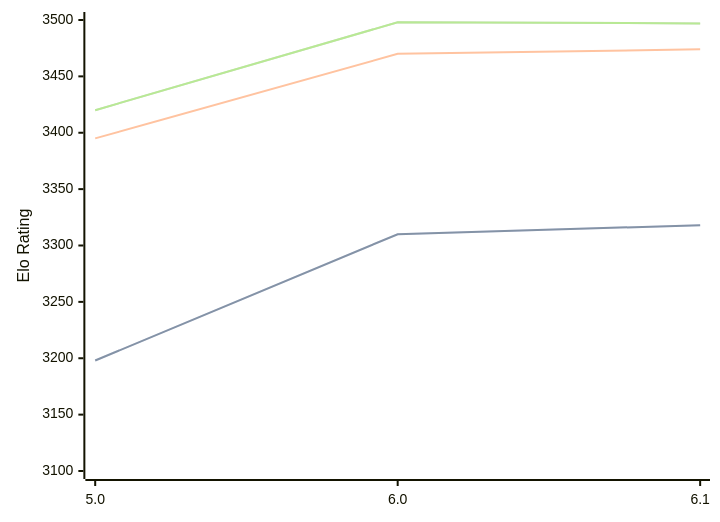
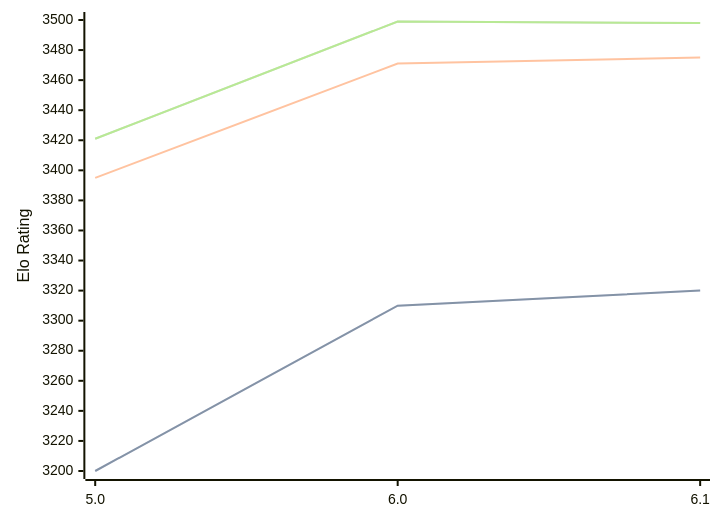
The third of 3 diagrams in engines/Starzix.md (computer-chess-index/cci), drawn with Mermaid before and after one commit. The commit also changed other lines of this file, not shown here.

Commit message:
Update CCI Ratings (ELO VLTC) - 2026-06-30

````diff
--- a/engines/Starzix.md
+++ b/engines/Starzix.md
@@ -70,11 +70,11 @@
 ```mermaid
 %%{init: {"theme":"base","themeVariables":{"seriesColors:['#a3a3a3','#222221','#faa371']}}}%%
 xychart-beta
   x-axis ["5.0", "6.0", "6.1"]
-  y-axis "Elo Rating" 3100 --> 3500
-  line "STC (8.0+0.08s)" [3198, 3310, 3318]
-  line "STC (8.0+0.08s)" [3198, 3310, 3318]
-  line "LTC (60.0+0.60s)" [3395, 3470, 3474]
-  line "VLTC (2m24s+1.12s)" [3420, 3498, 3497]
-  line "VLTC (2m24s+1.12s)" [3420, 3498, 3497]
+  y-axis "Elo Rating" 3200 --> 3500
+  line "STC (8.0+0.08s)" [3200, 3310, 3320]
+  line "STC (8.0+0.08s)" [3200, 3310, 3320]
+  line "LTC (60.0+0.60s)" [3395, 3471, 3475]
+  line "VLTC (2m24s+1.12s)" [3421, 3499, 3498]
+  line "VLTC (2m24s+1.12s)" [3421, 3499, 3498]
 ```
````
